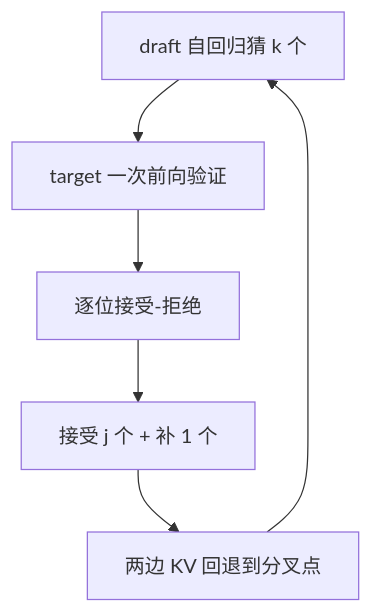
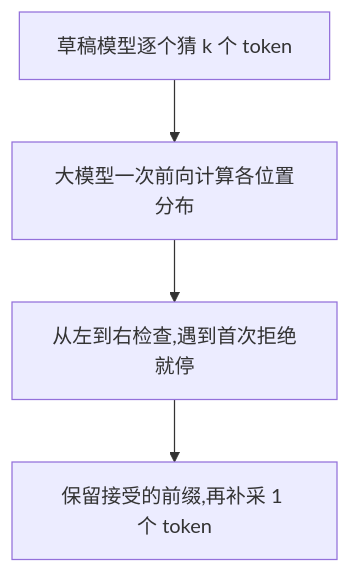
One commit to ChaoyuWang04/MockInterview changed the diagram in questions/AI Infra/080-投机解码-原理.md. Above: the diagram before and after it, drawn with Mermaid. The commit also changed other lines of this file and 6 other files, not shown here.

````diff
--- a/questions/AI Infra/080-投机解码-原理.md
+++ b/questions/AI Infra/080-投机解码-原理.md
@@ -31,8 +32,6 @@
 ```mermaid
 flowchart TD
-    A["draft 自回归猜 k 个"] --> B["target 一次前向验证"]
-    B --> C["逐位接受-拒绝"]
-    C --> D["接受 j 个 + 补 1 个"]
-    D --> E["两边 KV 回退到分叉点"]
-    E --> A
+    A["草稿模型逐个猜 k 个 token"] --> B["大模型一次前向计算各位置分布"]
+    B --> C["从左到右检查,遇到首次拒绝就停"]
+    C --> D["保留接受的前缀,再补采 1 个 token"]
 ```
````
